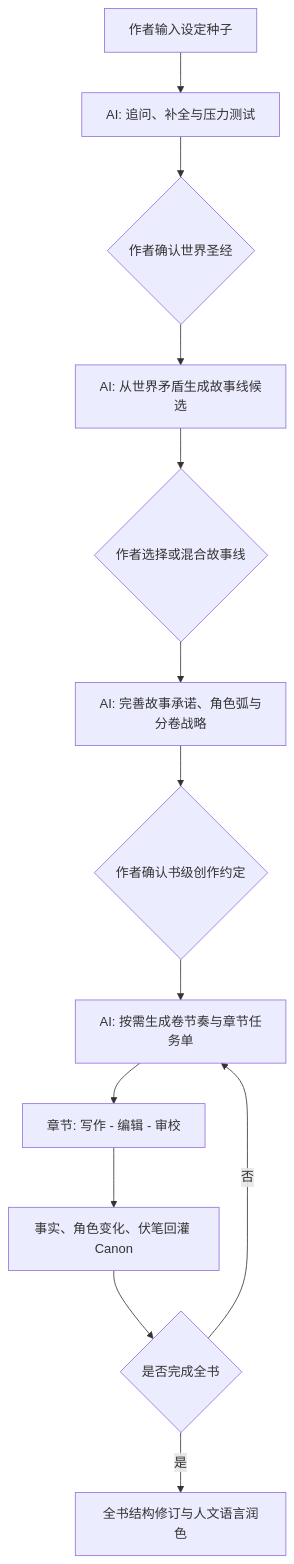
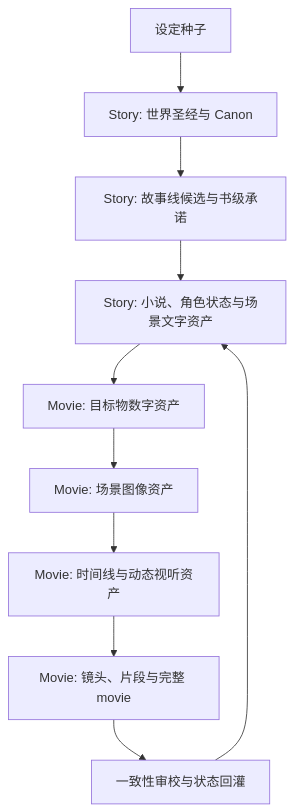
The second of 2 diagrams in README.md (Vithrive/DeepStoryWorkflow), drawn with Mermaid before and after one commit. The commit also changed other lines of this file and 2 other files, not shown here.

Commit message:
docs: define story and movie workflow

````diff
--- a/README.md
+++ b/README.md
@@ -17,15 +46,12 @@
 ```mermaid
 flowchart TD
-    A[作者输入设定种子] --> B[AI: 追问、补全与压力测试]
-    B --> C{作者确认世界圣经}
-    C --> D[AI: 从世界矛盾生成故事线候选]
-    D --> E{作者选择或混合故事线}
-    E --> F[AI: 完善故事承诺、角色弧与分卷战略]
-    F --> G{作者确认书级创作约定}
-    G --> H[AI: 按需生成卷节奏与章节任务单]
-    H --> I[章节: 写作 - 编辑 - 审校]
-    I --> J[事实、角色变化、伏笔回灌 Canon]
-    J --> K{是否完成全书}
-    K -->|否| H
-    K -->|是| L[全书结构修订与人文语言润色]
+    A[设定种子] --> B[Story: 世界圣经与 Canon]
+    B --> C[Story: 故事线候选与书级承诺]
+    C --> D[Story: 小说、角色状态与场景文字资产]
+    D --> E[Movie: 目标物数字资产]
+    E --> F[Movie: 场景图像资产]
+    F --> G[Movie: 时间线与动态视听资产]
+    G --> H[Movie: 镜头、片段与完整 movie]
+    H --> I[一致性审校与状态回灌]
+    I --> D
 ```
````
